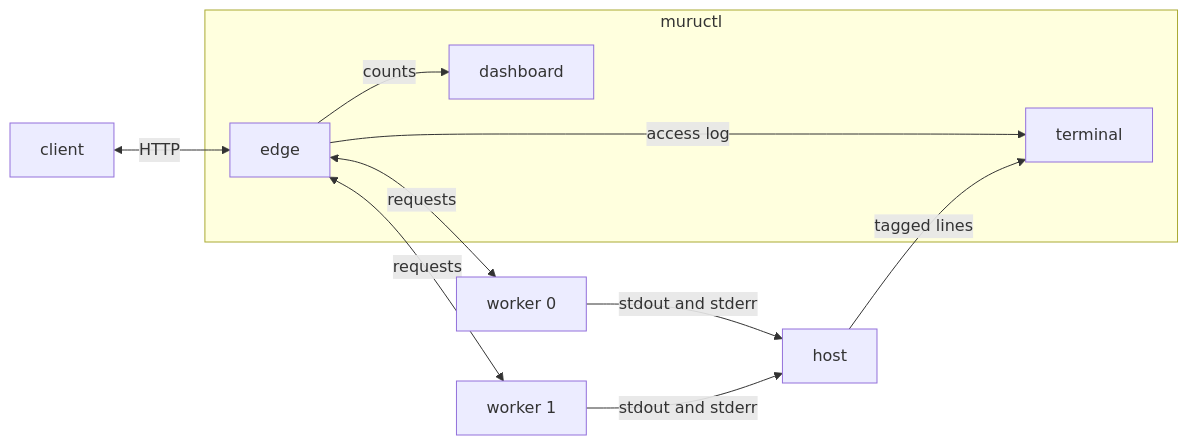
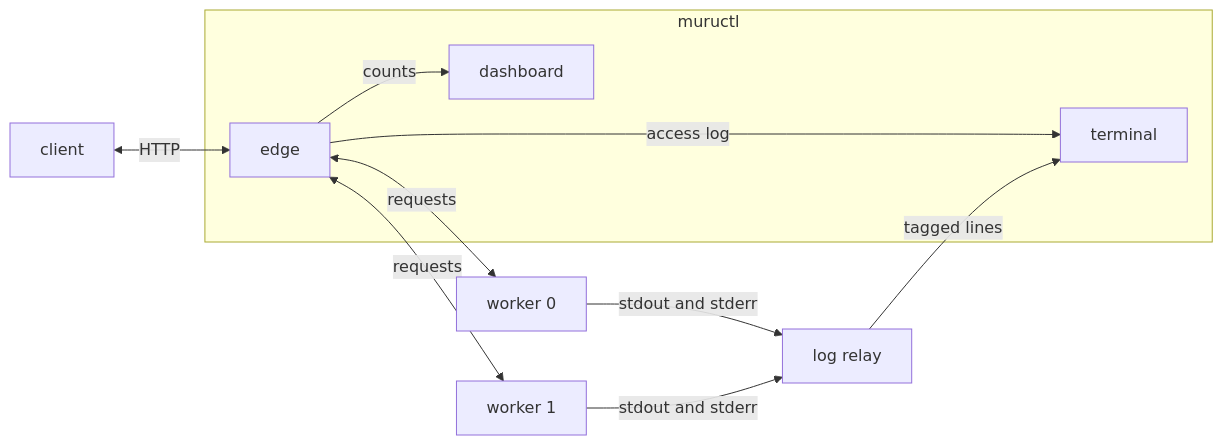
Before and after one commit to muruhq/muru-workshops: the second of 2 diagrams in workshops/what-muructl-run-tells-you/files/docs/where-output-goes.md, drawn with Mermaid. The commit also changed other lines of this file and 67 other files, not shown here.

First line of the commit message:
Both collections on Muru 0.1.0a23, with the log relay beside each host

````diff
--- a/workshops/what-muructl-run-tells-you/files/docs/where-output-goes.md
+++ b/workshops/what-muructl-run-tells-you/files/docs/where-output-goes.md
@@ -50,13 +50,13 @@
 ```mermaid
 flowchart LR
     C[client] <-->|HTTP| E
     subgraph muructl
         E[edge] -->|access log| T[terminal]
         E -->|counts| D[dashboard]
     end
     E <-->|requests| W1[worker 0]
     E <-->|requests| W2[worker 1]
-    W1 -->|stdout and stderr| H[host]
-    W2 -->|stdout and stderr| H
-    H -->|tagged lines| T
+    W1 -->|stdout and stderr| R[log relay]
+    W2 -->|stdout and stderr| R
+    R -->|tagged lines| T
 ```
````
